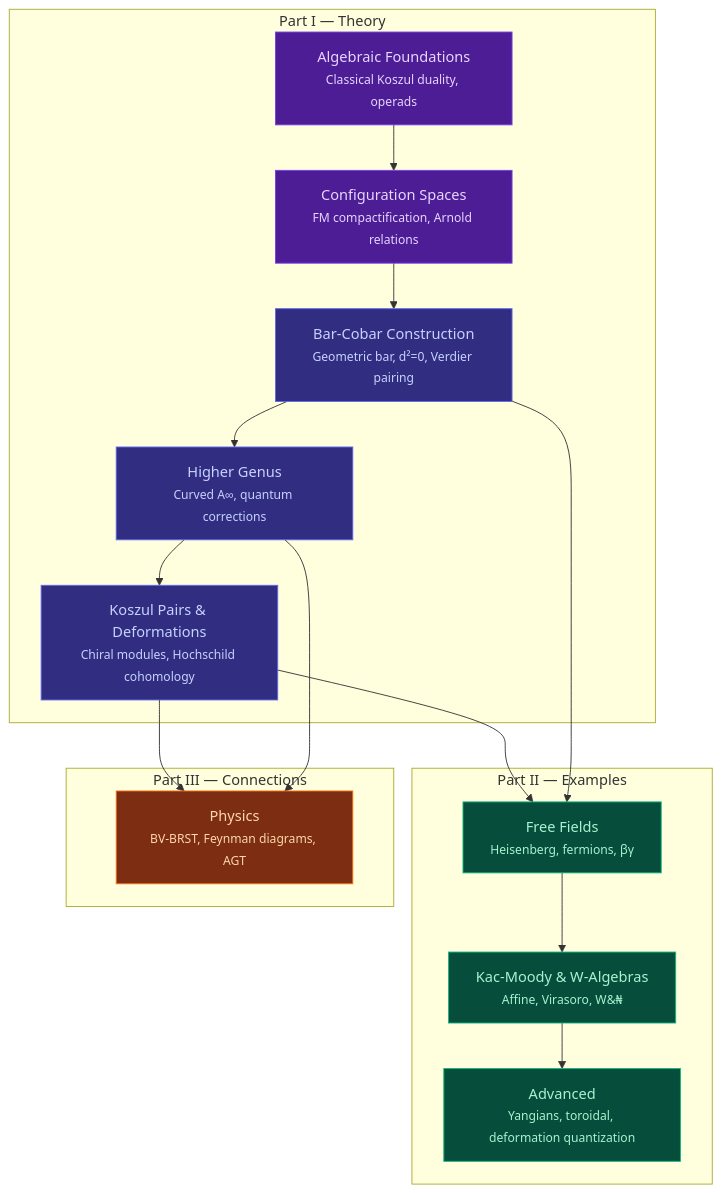
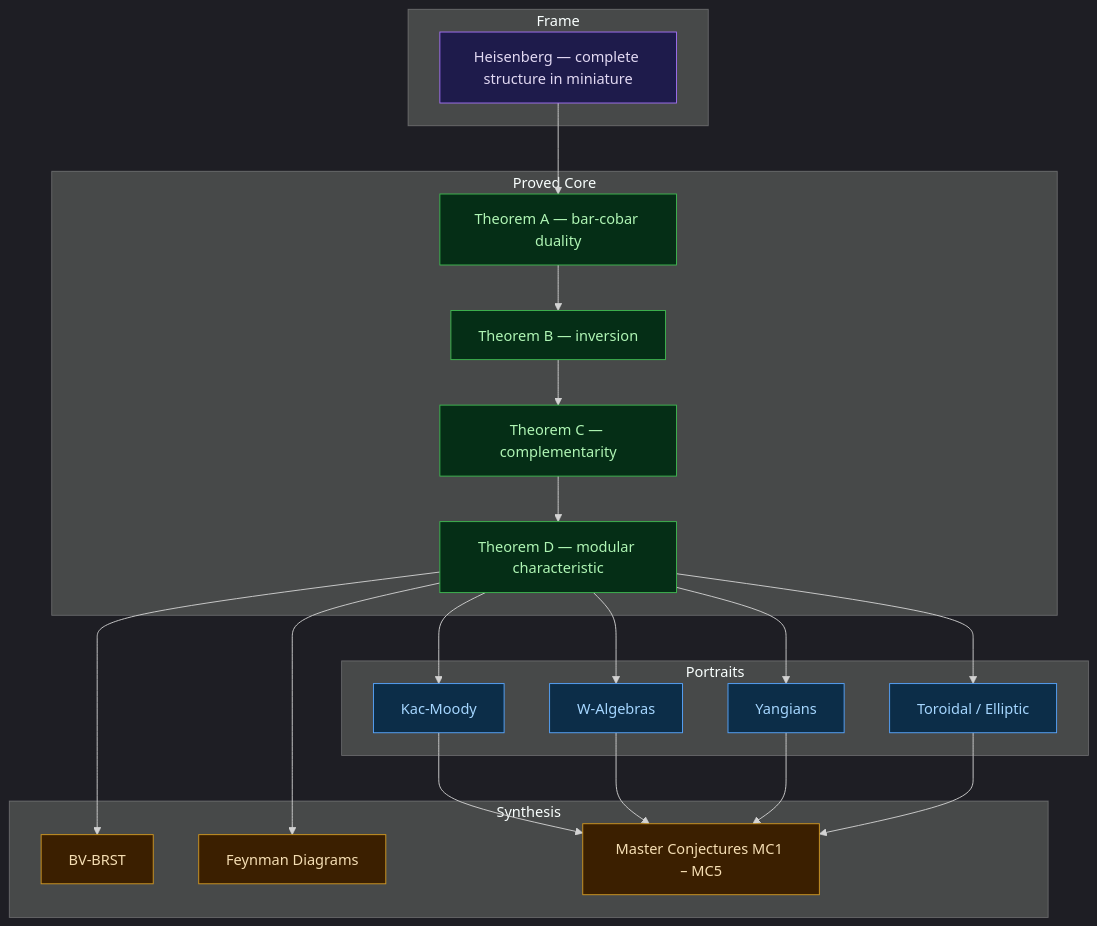
Before and after one commit to raeez/chiral-bar-cobar: the diagram in README.md, drawn with Mermaid. The commit also changed other lines of this file and 2 other files, not shown here.

````diff
--- a/README.md
+++ b/README.md
@@ -53,36 +111,46 @@
 ```mermaid
+%%{init:{'theme':'dark'}}%%
 graph TD
-    subgraph "Part I &mdash; Theory"
-        A["Algebraic Foundations<br/><small>Classical Koszul duality, operads</small>"]
-        B["Configuration Spaces<br/><small>FM compactification, Arnold relations</small>"]
-        C["Bar-Cobar Construction<br/><small>Geometric bar, d&sup2;=0, Verdier pairing</small>"]
-        D["Higher Genus<br/><small>Curved A&infin;, quantum corrections</small>"]
-        E["Koszul Pairs &amp; Deformations<br/><small>Chiral modules, Hochschild cohomology</small>"]
+    subgraph FA["Frame"]
+        F1["Heisenberg &mdash; complete structure in miniature"]
     end
 
-    subgraph "Part II &mdash; Examples"
-        F["Free Fields<br/><small>Heisenberg, fermions, &beta;&gamma;</small>"]
-        G["Kac-Moody &amp; W-Algebras<br/><small>Affine, Virasoro, W&#8358;</small>"]
-        H["Advanced<br/><small>Yangians, toroidal, deformation quantization</small>"]
+    subgraph CB["Proved Core"]
+        C1["Theorem A &mdash; bar-cobar duality"]
+        C2["Theorem B &mdash; inversion"]
+        C3["Theorem C &mdash; complementarity"]
+        C4["Theorem D &mdash; modular characteristic"]
     end
 
-    subgraph "Part III &mdash; Connections"
-        I["Physics<br/><small>BV-BRST, Feynman diagrams, AGT</small>"]
+    subgraph PO["Portraits"]
+        P1["Kac-Moody"]
+        P2["W-Algebras"]
+        P3["Yangians"]
+        P4["Toroidal / Elliptic"]
     end
 
-    A --> B --> C --> D --> E
-    E --> F --> G --> H
-    E --> I
-    C --> F
-    D --> I
+    subgraph SY["Synthesis"]
+        S1["BV-BRST"]
+        S2["Feynman Diagrams"]
+        S3["Master Conjectures MC1 &ndash; MC5"]
+    end
 
-    style A fill:#4C1D95,stroke:#7C3AED,color:#E9D5FF
-    style B fill:#4C1D95,stroke:#7C3AED,color:#E9D5FF
-    style C fill:#312E81,stroke:#6366F1,color:#C7D2FE
-    style D fill:#312E81,stroke:#6366F1,color:#C7D2FE
-    style E fill:#312E81,stroke:#6366F1,color:#C7D2FE
-    style F fill:#064E3B,stroke:#10B981,color:#A7F3D0
-    style G fill:#064E3B,stroke:#10B981,color:#A7F3D0
-    style H fill:#064E3B,stroke:#10B981,color:#A7F3D0
-    style I fill:#7C2D12,stroke:#F97316,color:#FED7AA
+    F1 --> C1
+    C1 --> C2 --> C3 --> C4
+    C4 --> P1 & P2 & P3 & P4
+    P1 & P2 & P3 & P4 --> S3
+    C4 --> S1 & S2
+
+    style F1 fill:#1e1b4b,stroke:#a371f7,color:#e2d9f3
+    style C1 fill:#052e16,stroke:#3fb950,color:#aff5b4
+    style C2 fill:#052e16,stroke:#3fb950,color:#aff5b4
+    style C3 fill:#052e16,stroke:#3fb950,color:#aff5b4
+    style C4 fill:#052e16,stroke:#3fb950,color:#aff5b4
+    style P1 fill:#0c2d48,stroke:#58a6ff,color:#a5d6ff
+    style P2 fill:#0c2d48,stroke:#58a6ff,color:#a5d6ff
+    style P3 fill:#0c2d48,stroke:#58a6ff,color:#a5d6ff
+    style P4 fill:#0c2d48,stroke:#58a6ff,color:#a5d6ff
+    style S1 fill:#3b1f00,stroke:#d29922,color:#f5deb3
+    style S2 fill:#3b1f00,stroke:#d29922,color:#f5deb3
+    style S3 fill:#3b1f00,stroke:#d29922,color:#f5deb3
 ```
````
